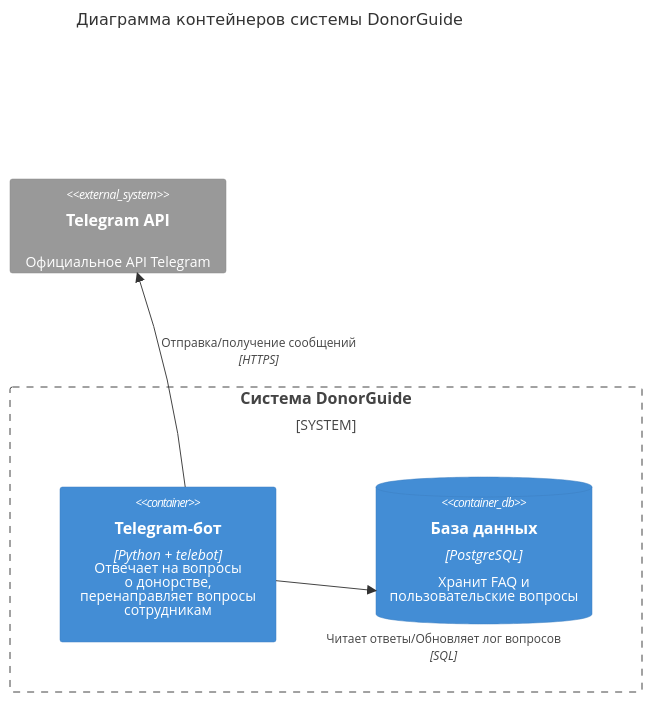
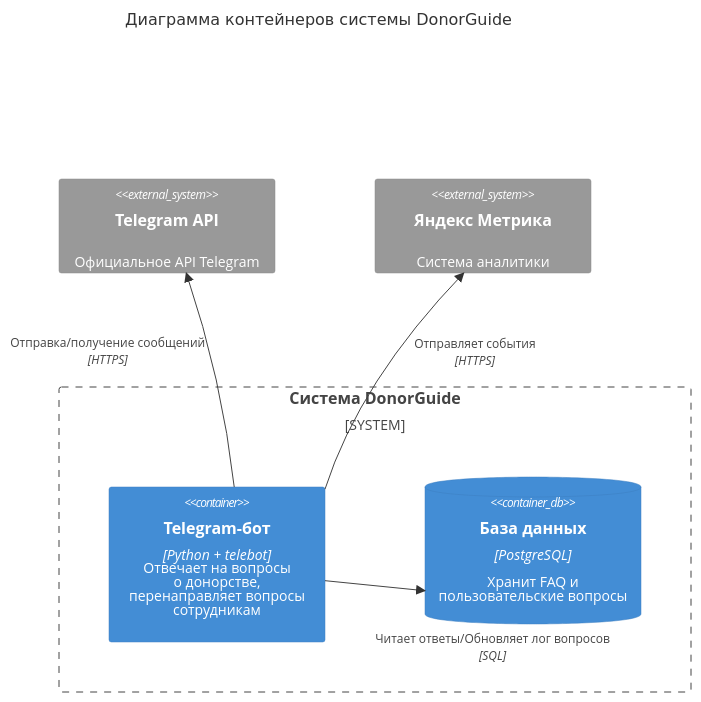
Before and after one commit to hse-perm-sandbox/donor-guide-bot: the diagram in docs/c4/containers.md, drawn with Mermaid. The commit also changed other lines of this file, not shown here.

````diff
--- a/docs/c4/containers.md
+++ b/docs/c4/containers.md
@@ -4,18 +4,22 @@
 ```mermaid
 C4Container
     title Диаграмма контейнеров системы DonorGuide
 
     System_Boundary(boundary, "Система DonorGuide") {
         Container(bot, "Telegram-бот", "Python + telebot", "Отвечает на вопросы <br>о донорстве, <br>перенаправляет вопросы <br>сотрудникам")
         ContainerDb(db, "База данных", "PostgreSQL", "Хранит FAQ и <br>пользовательские вопросы")
     }
     
     System_Ext(telegram, "Telegram API", "Официальное API Telegram")
+    System_Ext(metrica, "Яндекс Метрика", "Система аналитики")
+
 
     Rel(bot, db, "Читает ответы/Обновляет лог вопросов", "SQL")
     Rel(bot, telegram, "Отправка/получение сообщений", "HTTPS")
+     Rel(bot, metrica, "Отправляет события", "HTTPS")
 
-    UpdateRelStyle(bot, telegram, $offsetY="-40")
+    UpdateRelStyle(bot, telegram, $offsetY="-40", $offsetX="-200")
     UpdateRelStyle(bot, db, $offsetY="50")
+    UpdateRelStyle(bot, metrica, $offsetY="-40", $offsetX="20")
     UpdateLayoutConfig($c4ShapeInRow="2", $c4BoundaryInRow="1")
 ```
````
